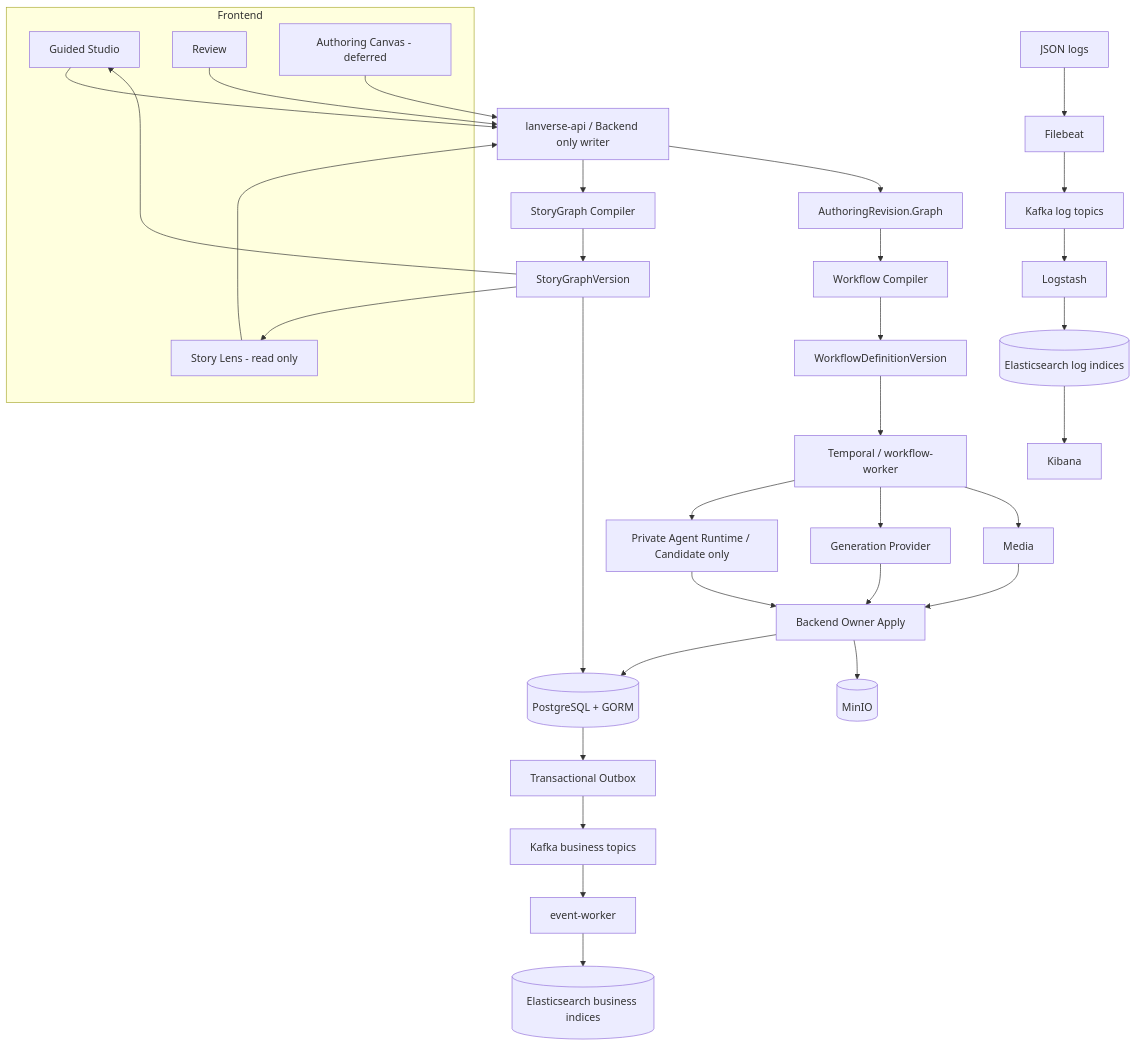
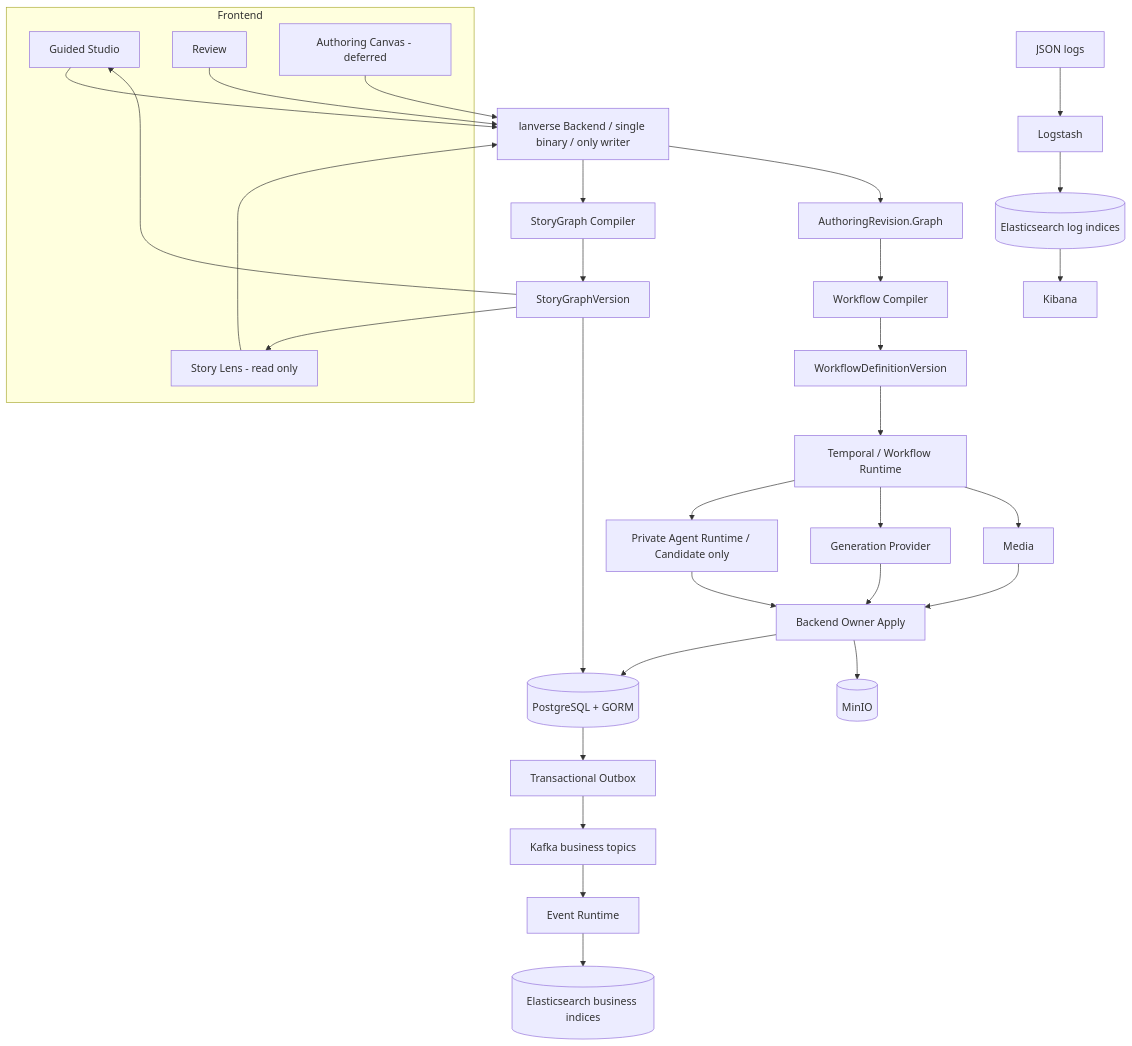
One commit to StephenQiu30/lanverse changed the diagram in docs/design/0003-系统总体架构.md. Above: the diagram before and after it, drawn with Mermaid. The commit also changed other lines of this file and 47 other files, not shown here.

````diff
--- a/docs/design/0003-系统总体架构.md
+++ b/docs/design/0003-系统总体架构.md
@@ -13,51 +13,49 @@
 ```mermaid
 flowchart TB
   subgraph FE[Frontend]
     G[Guided Studio]
     SL[Story Lens - read only]
     R[Review]
     AC[Authoring Canvas - deferred]
   end
 
-  API[lanverse-api / Backend only writer]
+  API[lanverse Backend / single binary / only writer]
   PG[(PostgreSQL + GORM)]
   OS[(MinIO)]
   SGC[StoryGraph Compiler]
   SG[StoryGraphVersion]
   AR[AuthoringRevision.Graph]
   WC[Workflow Compiler]
   WD[WorkflowDefinitionVersion]
-  TW[Temporal / workflow-worker]
+  TW[Temporal / Workflow Runtime]
   AG[Private Agent Runtime / Candidate only]
   PROV[Generation Provider]
   MED[Media]
   APPLY[Backend Owner Apply]
 
   G --> API
   SL --> API
   R --> API
   AC --> API
   API --> SGC --> SG --> PG
   SG --> G
   SG --> SL
   API --> AR --> WC --> WD --> TW
   TW --> AG
   TW --> PROV
   TW --> MED
   AG --> APPLY
   PROV --> APPLY
   MED --> APPLY
   APPLY --> PG
   APPLY --> OS
 
   PG --> OB[Transactional Outbox]
   OB --> K[Kafka business topics]
-  K --> EW[event-worker]
+  K --> EW[Event Runtime]
   EW --> ES[(Elasticsearch business indices)]
 
-  LOG[JSON logs] --> FB[Filebeat]
-  FB --> KL[Kafka log topics]
-  KL --> LS[Logstash]
+  LOG[JSON logs] --> LS[Logstash]
   LS --> ESL[(Elasticsearch log indices)]
   ESL --> KB[Kibana]
 ```
````
